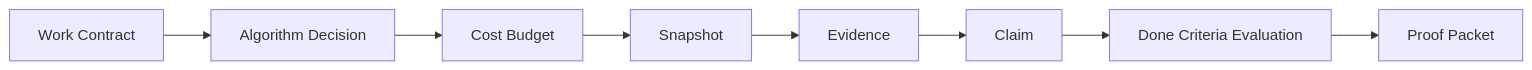
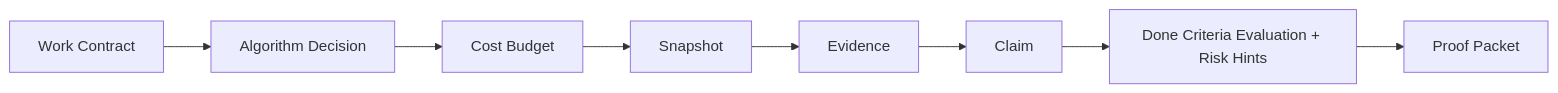
Before and after one commit to Hyperion-GPU/ProofFlow-v0.1: the diagram in docs/agent_work_ledger.md, drawn with Mermaid. The commit also changed other lines of this file and 12 other files, not shown here.

Commit message:
Add ledger risk hints

````diff
--- a/docs/agent_work_ledger.md
+++ b/docs/agent_work_ledger.md
@@ -10,10 +10,10 @@
 ```mermaid
 flowchart LR
   A["Work Contract"] --> B["Algorithm Decision"]
   B --> C["Cost Budget"]
   C --> D["Snapshot"]
   D --> E["Evidence"]
   E --> F["Claim"]
-  F --> G["Done Criteria Evaluation"]
+  F --> G["Done Criteria Evaluation + Risk Hints"]
   G --> H["Proof Packet"]
 ```
````
